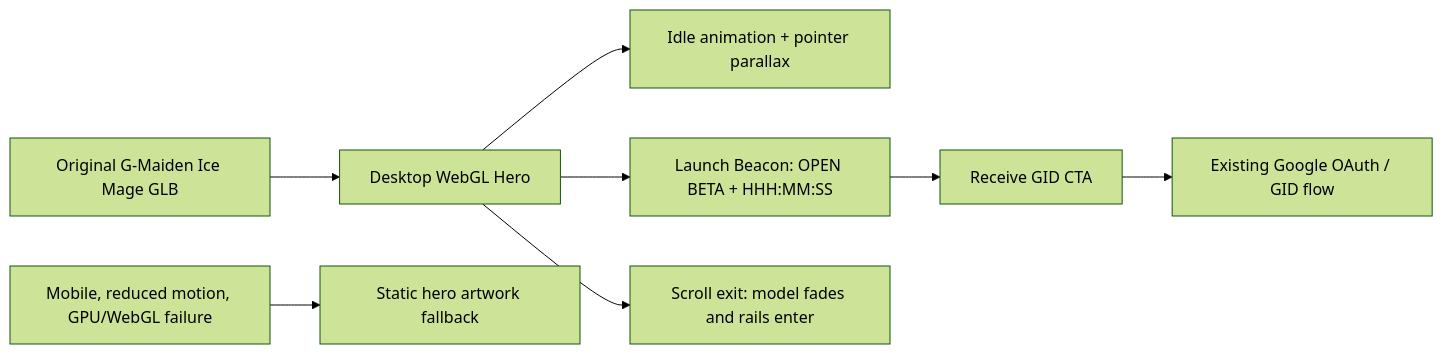
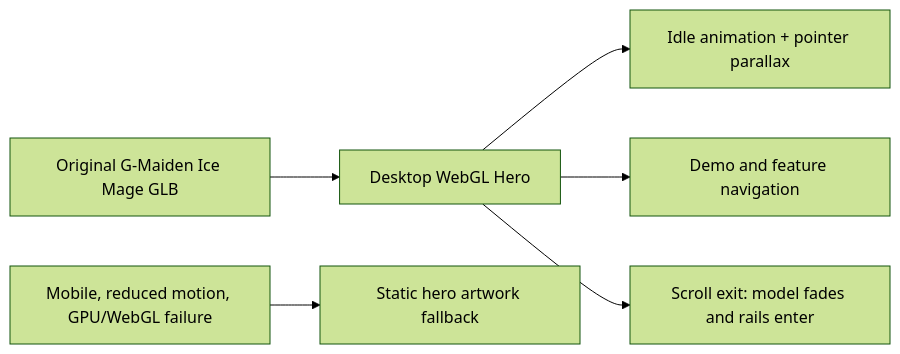
Before and after one commit to Freshair129/G-Maiden: the diagram in docs/change request/CR-023-gmaiden-original-3d-hero-scroll-narrative.md, drawn with Mermaid (forest theme). The commit also changed other lines of this file and 132 other files, not shown here.

First line of the commit message:
fix(gmad): remove cancelled beta distribution flows

````diff
--- a/docs/change request/CR-023-gmaiden-original-3d-hero-scroll-narrative.md
+++ b/docs/change request/CR-023-gmaiden-original-3d-hero-scroll-narrative.md
@@ -51,10 +49,8 @@
 ```mermaid
 flowchart LR
   A[Original G-Maiden Ice Mage GLB] --> B[Desktop WebGL Hero]
   B --> C[Idle animation + pointer parallax]
-  B --> D[Launch Beacon: OPEN BETA + HHH:MM:SS]
-  D --> E[Receive GID CTA]
-  E --> F[Existing Google OAuth / GID flow]
-  B --> G[Scroll exit: model fades and rails enter]
-  H[Mobile, reduced motion, GPU/WebGL failure] --> I[Static hero artwork fallback]
+  B --> D[Demo and feature navigation]
+  B --> E[Scroll exit: model fades and rails enter]
+  F[Mobile, reduced motion, GPU/WebGL failure] --> G[Static hero artwork fallback]
 ```
````
